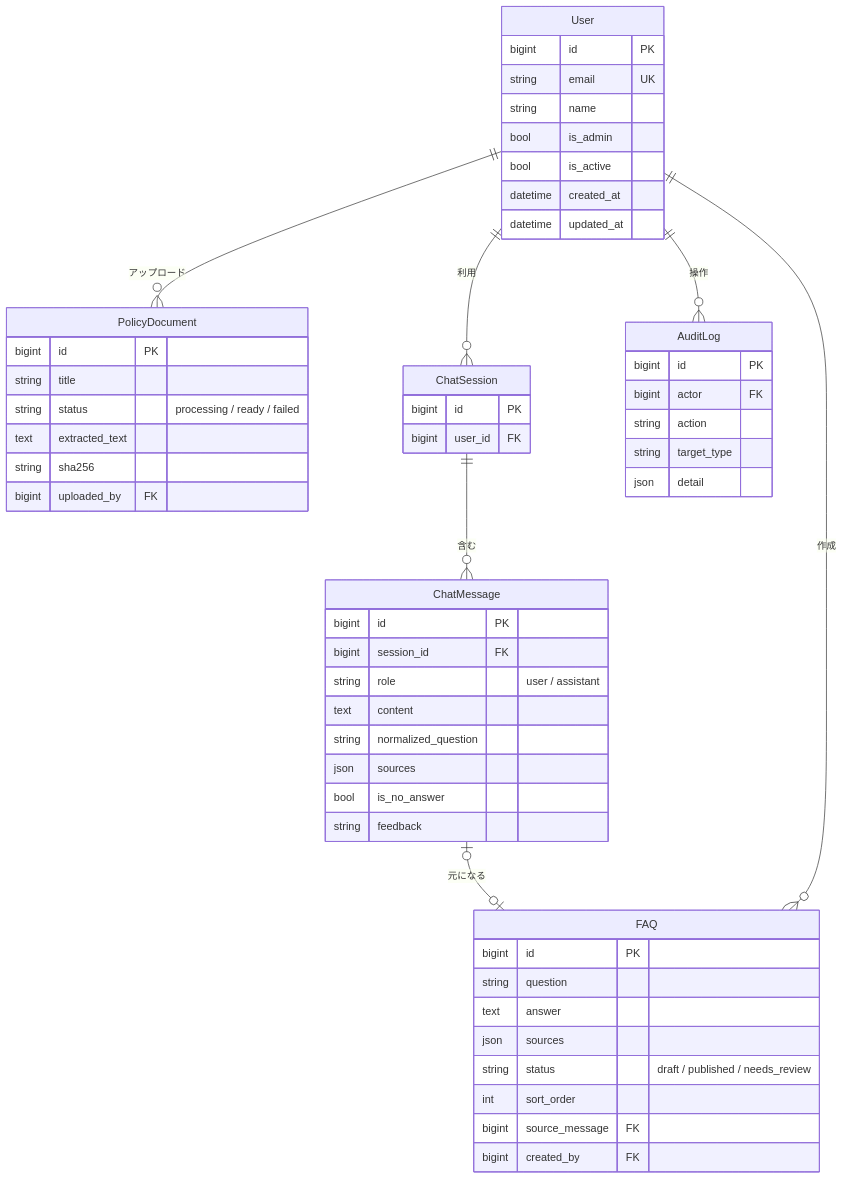
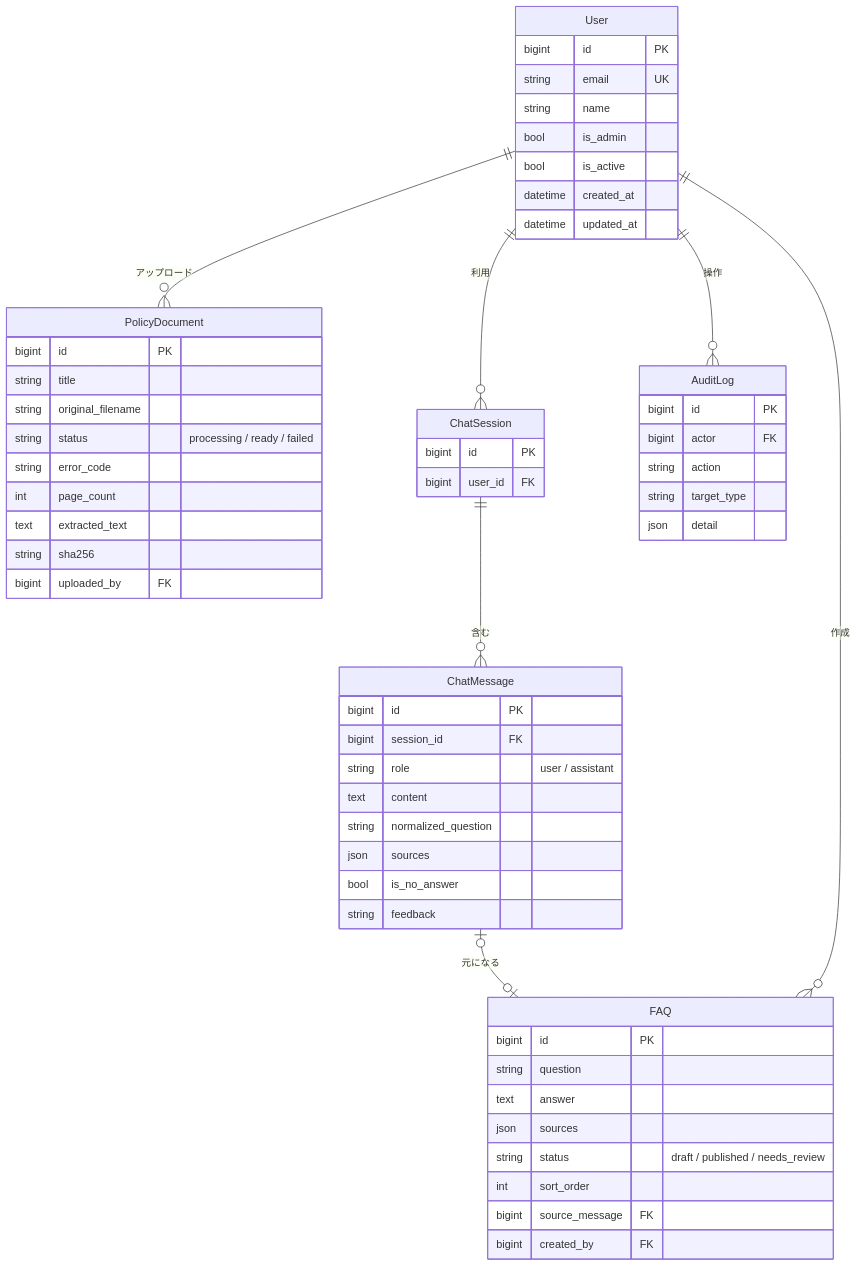
Before and after one commit to Atsushieeeee/hr-policy-app: the fourth of 4 diagrams in README.md, drawn with Mermaid. The commit also changed other lines of this file and 27 other files, not shown here.

````diff
--- a/README.md
+++ b/README.md
@@ -115,58 +115,61 @@
 ```mermaid
 erDiagram
     User ||--o{ PolicyDocument : "アップロード"
     User ||--o{ ChatSession : "利用"
     ChatSession ||--o{ ChatMessage : "含む"
     ChatMessage |o--o| FAQ : "元になる"
     User ||--o{ FAQ : "作成"
     User ||--o{ AuditLog : "操作"
 
     User {
         bigint id PK
         string email UK
         string name
         bool is_admin
         bool is_active
         datetime created_at
         datetime updated_at
     }
     PolicyDocument {
         bigint id PK
         string title
+        string original_filename
         string status "processing / ready / failed"
+        string error_code
+        int page_count
         text extracted_text
         string sha256
         bigint uploaded_by FK
     }
     ChatSession {
         bigint id PK
         bigint user_id FK
     }
     ChatMessage {
         bigint id PK
         bigint session_id FK
         string role "user / assistant"
         text content
         string normalized_question
         json sources
         bool is_no_answer
         string feedback
     }
     FAQ {
         bigint id PK
         string question
         text answer
         json sources
         string status "draft / published / needs_review"
         int sort_order
         bigint source_message FK
         bigint created_by FK
     }
     AuditLog {
         bigint id PK
         bigint actor FK
         string action
         string target_type
         json detail
     }
 ```
````
